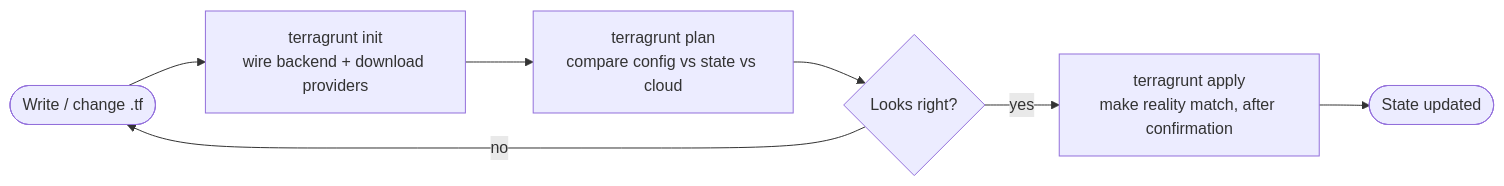
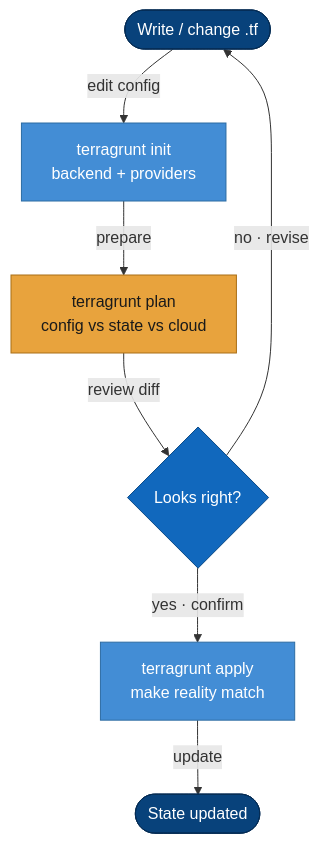
Before and after one commit to seesathish/AntKart-Src3: the diagram in docs/guides/iac-concepts.md, drawn with Mermaid. The commit also changed 4 other files, not shown here.

First line of the commit message:
docs: standardise all concept-guide Mermaid diagrams to one visual standard

````diff
--- a/docs/guides/iac-concepts.md
+++ b/docs/guides/iac-concepts.md
@@ -60,9 +60,21 @@
 ```mermaid
-flowchart LR
-    WRITE([Write / change .tf]) --> INIT[terragrunt init<br/>wire backend + download providers]
-    INIT --> PLAN[terragrunt plan<br/>compare config vs state vs cloud]
-    PLAN --> REVIEW{Looks right?}
-    REVIEW -->|no| WRITE
-    REVIEW -->|yes| APPLY[terragrunt apply<br/>make reality match, after confirmation]
-    APPLY --> DONE([State updated])
+flowchart TB
+    WRITE([Write / change .tf]) -->|edit config| INIT[terragrunt init<br/>backend + providers]
+    INIT -->|prepare| PLAN[terragrunt plan<br/>config vs state vs cloud]
+    PLAN -->|review diff| REVIEW{Looks right?}
+    REVIEW -->|no · revise| WRITE
+    REVIEW -->|yes · confirm| APPLY[terragrunt apply<br/>make reality match]
+    APPLY -->|update| DONE([State updated])
+
+    classDef actor   fill:#08427B,stroke:#052c54,color:#ffffff;
+    classDef primary fill:#1168BD,stroke:#0b4a87,color:#ffffff;
+    classDef service fill:#438DD5,stroke:#2d6ca3,color:#ffffff;
+    classDef data    fill:#85BBF0,stroke:#5a9bd4,color:#0b2545;
+    classDef external fill:#8B8B8B,stroke:#5f5f5f,color:#ffffff;
+    classDef focus   fill:#E8A33D,stroke:#a96f16,color:#1a1a1a;
+
+    class WRITE,DONE actor
+    class INIT,APPLY service
+    class REVIEW primary
+    class PLAN focus
 ```
````
